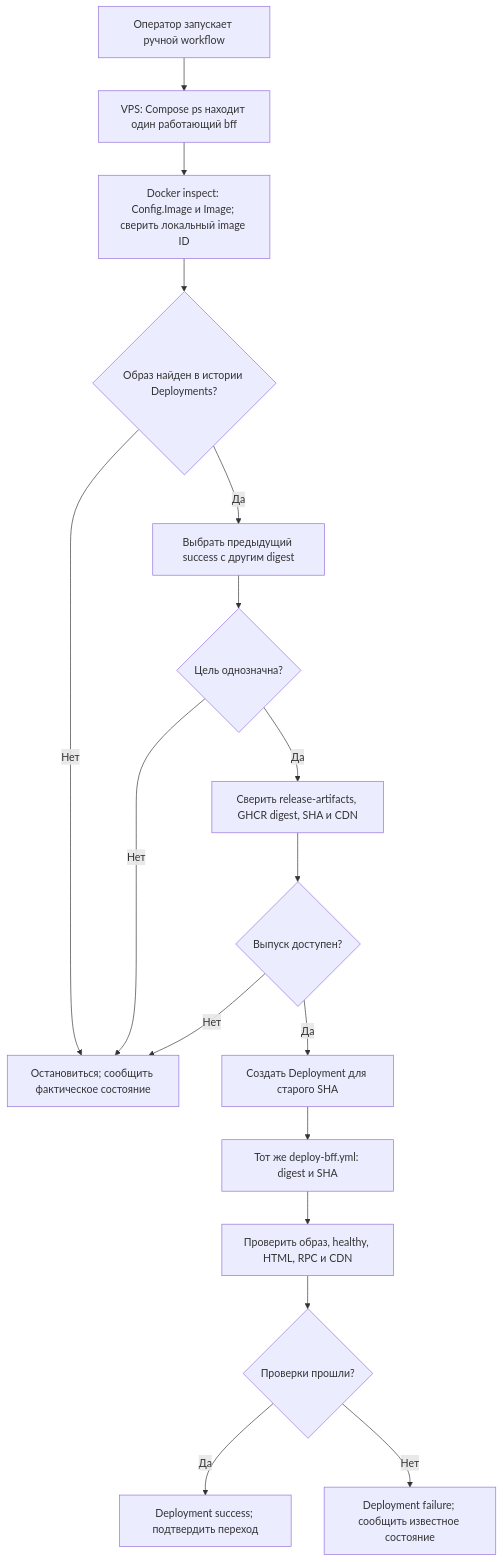
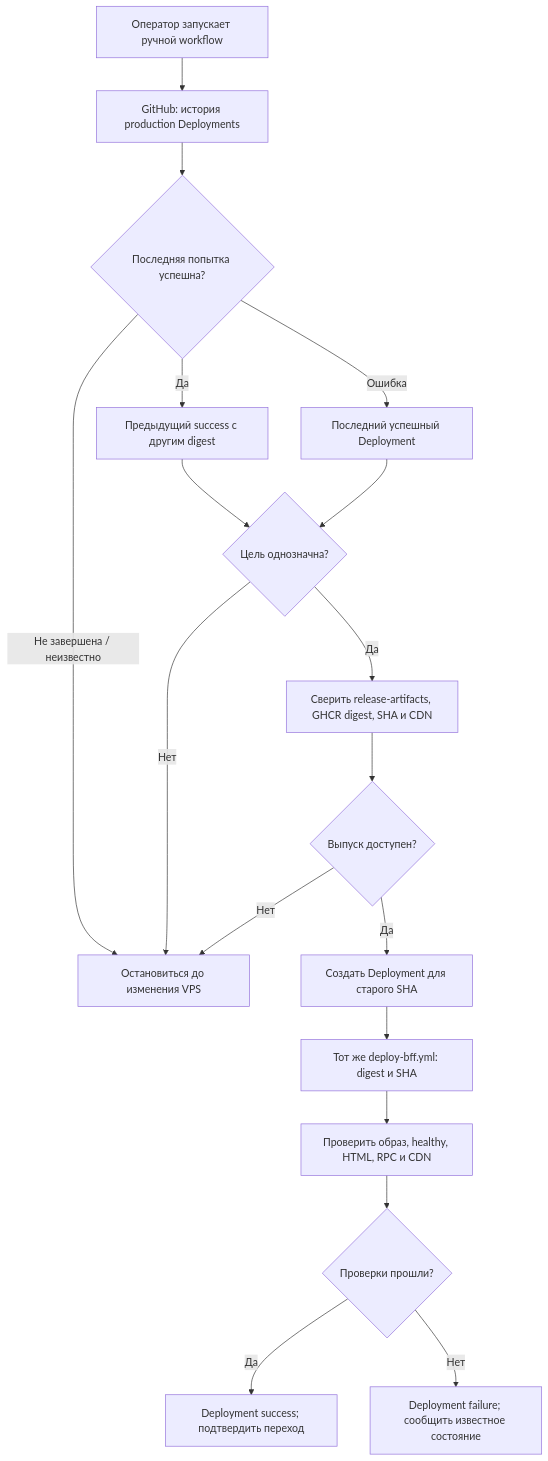
Before and after one commit to Cringe-Driven-Development-Team/docs: the diagram in site/modules/2/tracks/bff/rollback.md, drawn with Mermaid. The commit also changed other lines of this file and 4 other files, not shown here.

Commit message:
docs(releases): выбирать откат из истории Deployments (#105)

````diff
--- a/site/modules/2/tracks/bff/rollback.md
+++ b/site/modules/2/tracks/bff/rollback.md
@@ -44,19 +34,20 @@
 ```mermaid
 flowchart TD
-    START["Оператор запускает ручной workflow"] --> CONTAINER["VPS: Compose ps находит один работающий bff"]
-    CONTAINER --> ACTUAL["Docker inspect: Config.Image и Image; сверить локальный image ID"]
-    ACTUAL --> MATCH{"Образ найден в истории Deployments?"}
-    MATCH -- "Нет" --> STOP["Остановиться; сообщить фактическое состояние"]
-    MATCH -- "Да" --> PREV["Выбрать предыдущий success с другим digest"]
+    START["Оператор запускает ручной workflow"] --> HISTORY["GitHub: история production Deployments"]
+    HISTORY --> LAST{"Последняя попытка успешна?"}
+    LAST -- "Да" --> PREV["Предыдущий success с другим digest"]
+    LAST -- "Ошибка" --> RECOVER["Последний успешный Deployment"]
+    LAST -- "Не завершена / неизвестно" --> STOP
     PREV --> TARGET{"Цель однозначна?"}
-    TARGET -- "Нет" --> STOP
+    RECOVER --> TARGET
+    TARGET -- "Нет" --> STOP["Остановиться до изменения VPS"]
     TARGET -- "Да" --> CHECK["Сверить release-artifacts, GHCR digest, SHA и CDN"]
     CHECK --> READY{"Выпуск доступен?"}
     READY -- "Нет" --> STOP
     READY -- "Да" --> DEP["Создать Deployment для старого SHA"]
     DEP --> ANS["Тот же deploy-bff.yml: digest и SHA"]
     ANS --> VERIFY["Проверить образ, healthy, HTML, RPC и CDN"]
     VERIFY --> OK{"Проверки прошли?"}
     OK -- "Да" --> SUCCESS["Deployment success; подтвердить переход"]
     OK -- "Нет" --> FAILURE["Deployment failure; сообщить известное состояние"]
 ```
````
